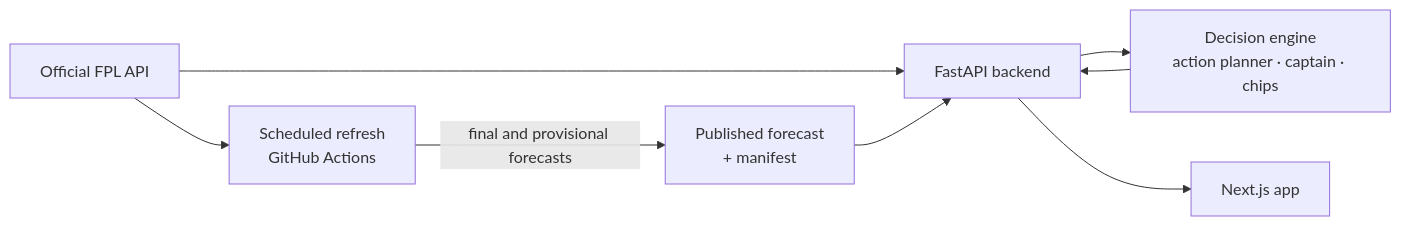
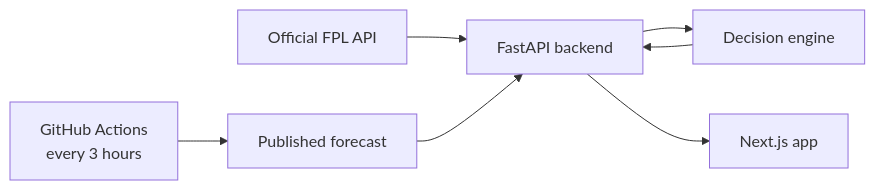
One commit to GAWI01/fantasy-football-ai changed the diagram in README.md. Above: the diagram before and after it, drawn with Mermaid. The commit also changed other lines of this file and 4 other files, not shown here.

````diff
--- a/README.md
+++ b/README.md
@@ -263,10 +55,9 @@
 ```mermaid
 flowchart LR
     FPL[Official FPL API] --> API[FastAPI backend]
-    CSV[Published forecast<br/>+ manifest] --> API
-    API --> ENG[Decision engine<br/>action planner · captain · chips]
+    CSV[Published forecast] --> API
+    API --> ENG[Decision engine]
     ENG --> API
     API --> WEB[Next.js app]
-    GHA[Scheduled refresh<br/>GitHub Actions] -->|final and provisional forecasts| CSV
-    FPL --> GHA
+    GHA[GitHub Actions<br/>every 3 hours] --> CSV
 ```
````
